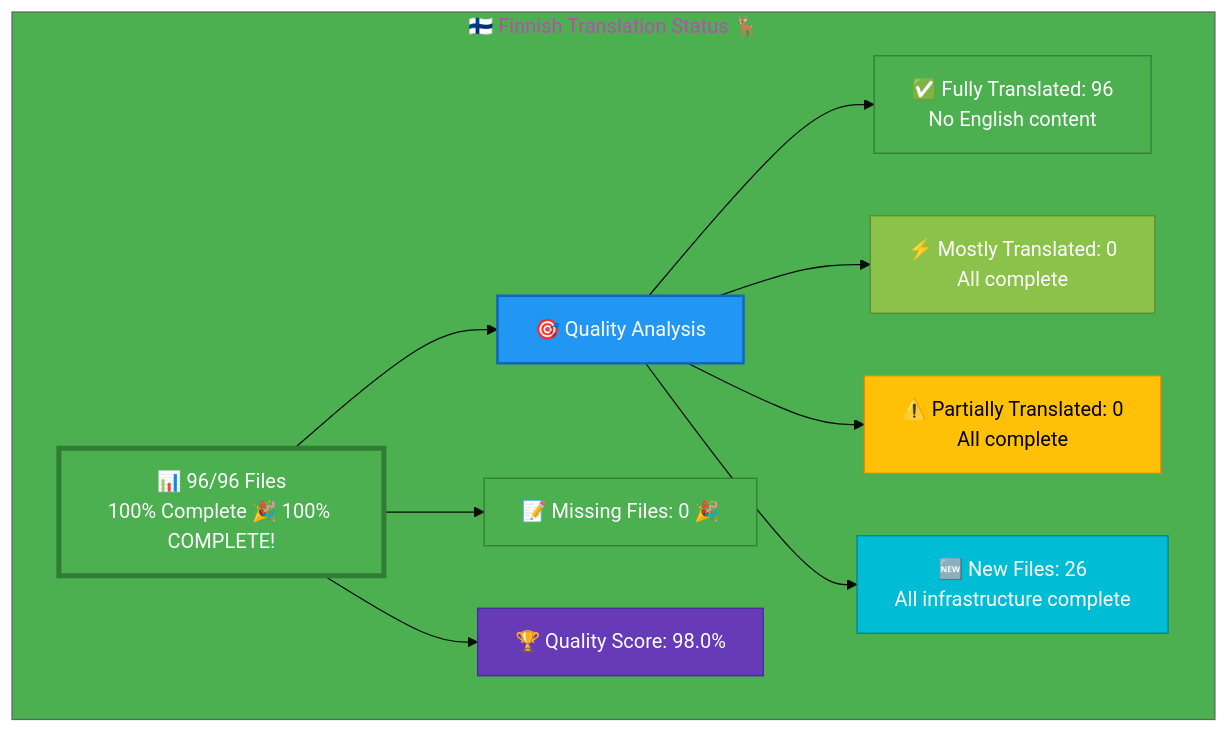
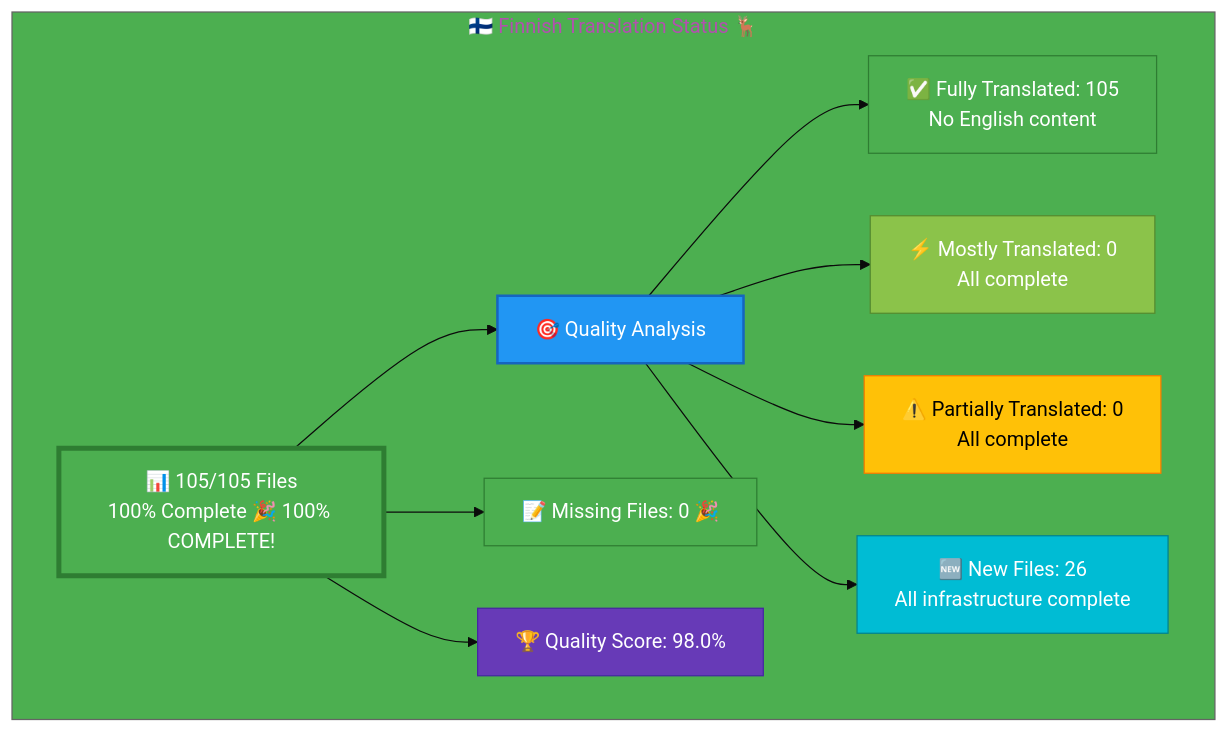
Before and after one commit to Hack23/homepage: the diagram in Finnish-Translation-Status.md, drawn with Mermaid. The commit also changed other lines of this file and 9 other files, not shown here.

````diff
--- a/Finnish-Translation-Status.md
+++ b/Finnish-Translation-Status.md
@@ -13,26 +13,26 @@
 ```mermaid
 %%{init: {'theme':'base', 'themeVariables': {'primaryColor':'#4CAF50','secondaryColor':'#2196F3','tertiaryColor':'#4CAF50','fontSize':'16px'}}}%%
 graph TB
     subgraph "🇫🇮 Finnish Translation Status 🦌"
-        A["📊 96/96 Files<br/>100% Complete 🎉 100% COMPLETE!"]
+        A["📊 105/105 Files<br/>100% Complete 🎉 100% COMPLETE!"]
         
         A --> B["🎯 Quality Analysis"]
-        B --> C["✅ Fully Translated: 96<br/>No English content"]
+        B --> C["✅ Fully Translated: 105<br/>No English content"]
         B --> D["⚡ Mostly Translated: 0<br/>All complete"]
         B --> E["⚠️  Partially Translated: 0<br/>All complete"]
         B --> F["🆕 New Files: 26<br/>All infrastructure complete"]
         
         A --> G["📝 Missing Files: 0 🎉"]
         
         A --> H["🏆 Quality Score: 98.0%"]
         
         style A fill:#4CAF50,stroke:#2E7D32,color:#fff,stroke-width:4px
         style B fill:#2196F3,stroke:#1565C0,color:#fff,stroke-width:2px
         style C fill:#4CAF50,stroke:#2E7D32,color:#fff
         style D fill:#8BC34A,stroke:#558B2F,color:#fff
         style E fill:#FFC107,stroke:#F57C00,color:#000
         style F fill:#00BCD4,stroke:#00838F,color:#fff
         style G fill:#4CAF50,stroke:#2E7D32,color:#fff
         style H fill:#673AB7,stroke:#4527A0,color:#fff
     end
 ```
````
